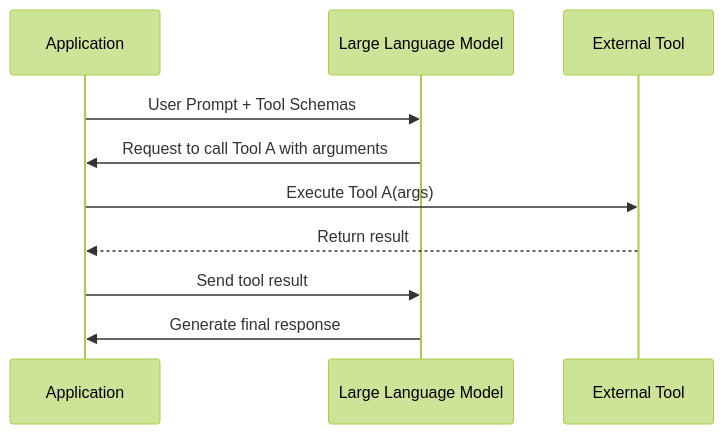
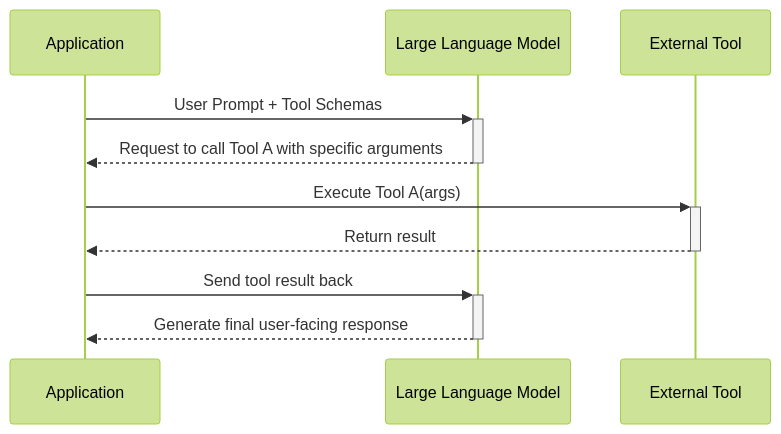
One commit to shoaibkhanz/agentic-ai-engineering-course changed the first of 2 diagrams in lessons/06_tools/article.md. Above: the diagram before and after it, drawn with Mermaid (forest theme). The commit also changed other lines of this file and 1 other file, not shown here.

````diff
--- a/lessons/06_tools/article.md
+++ b/lessons/06_tools/article.md
@@ -37,13 +30,13 @@
 ```mermaid
 sequenceDiagram
     participant App as Application
     participant LLM as Large Language Model
     participant Tool as External Tool
 
-    App->>LLM: User Prompt + Tool Schemas
-    LLM->>App: Request to call Tool A with arguments
-    App->>Tool: Execute Tool A(args)
-    Tool-->>App: Return result
-    App->>LLM: Send tool result
-    LLM->>App: Generate final response
+    App->>+LLM: User Prompt + Tool Schemas
+    LLM-->>-App: Request to call Tool A with specific arguments
+    App->>+Tool: Execute Tool A(args)
+    Tool-->>-App: Return result
+    App->>+LLM: Send tool result back
+    LLM-->>-App: Generate final user-facing response
 ```
````
